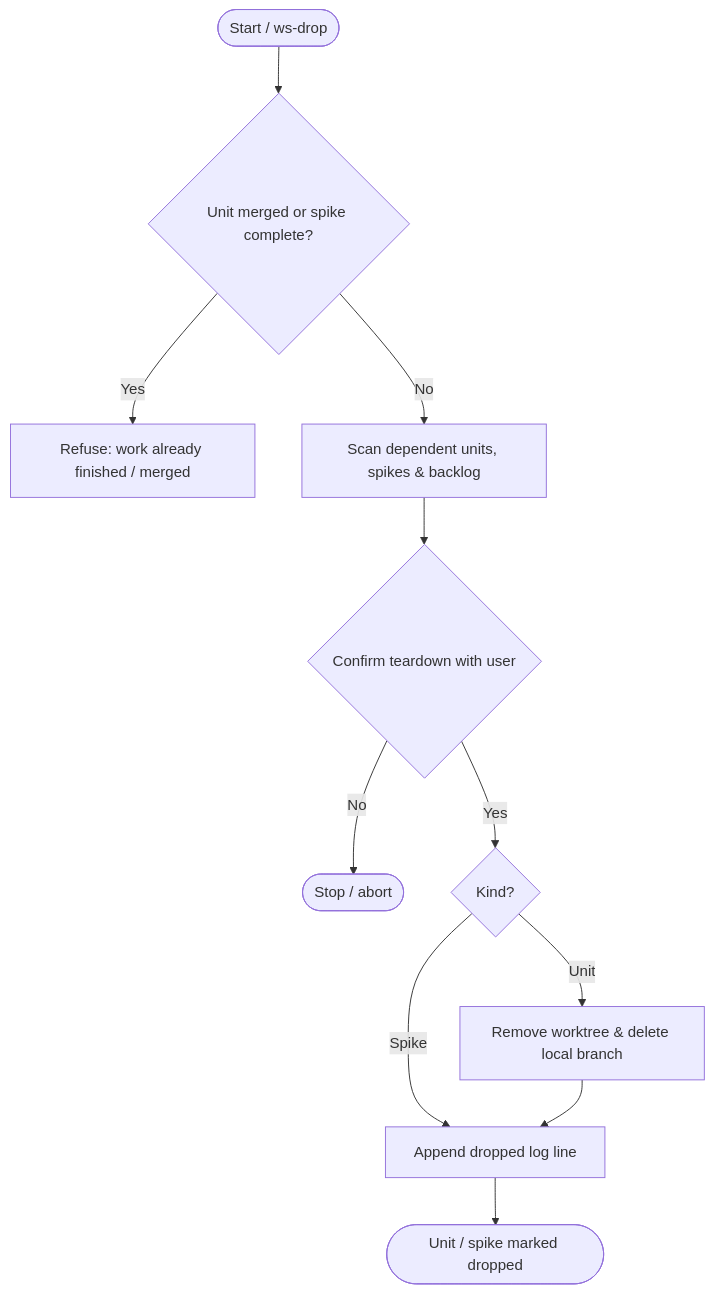
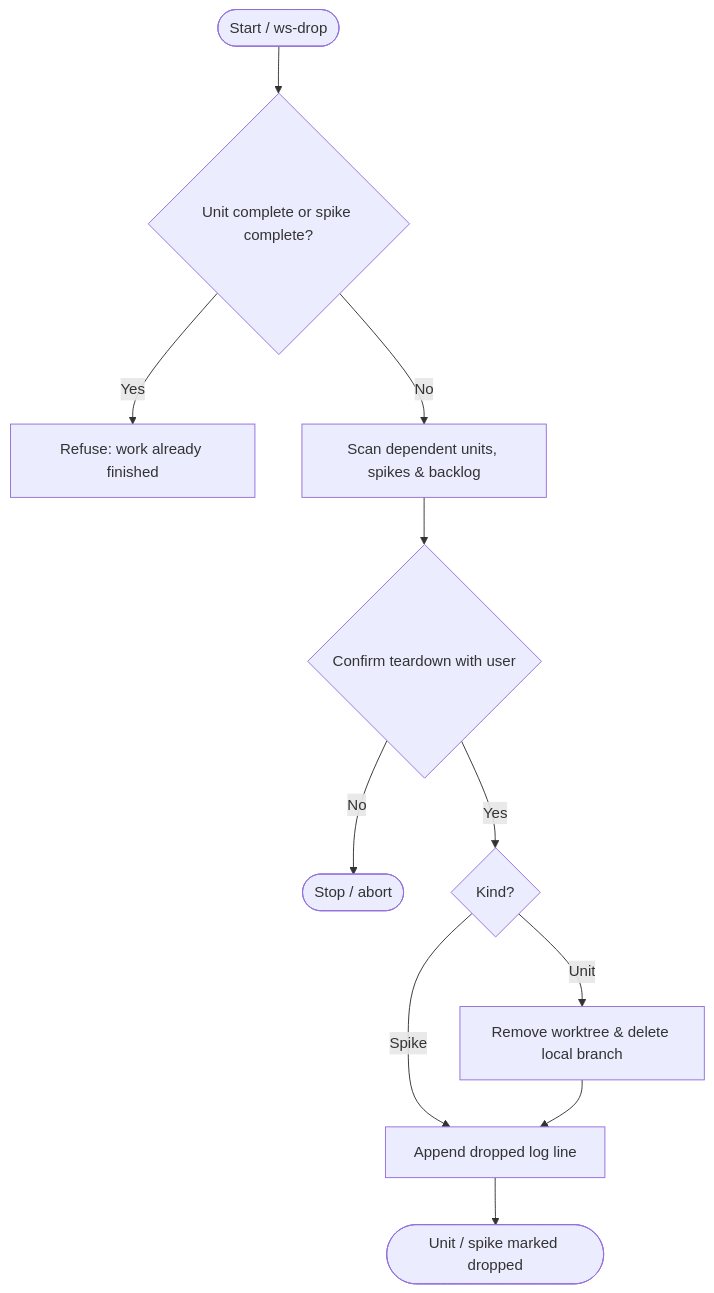
Before and after one commit to caioariede/claude-plugins: the diagram in plugins/workstreams/skills/ws/references/flows/diagrams/drop.mmd, drawn with Mermaid. The commit also changed 24 other files, not shown here.

```diff
--- a/plugins/workstreams/skills/ws/references/flows/diagrams/drop.mmd
+++ b/plugins/workstreams/skills/ws/references/flows/diagrams/drop.mmd
@@ -1,13 +1,13 @@
 flowchart TD
     %% ws-drop abandonment flow
 
-    start([Start / ws-drop]) --> check_status{Unit merged or spike complete?}
-    check_status -- Yes --> refuse_merged[Refuse: work already finished / merged]
+    start([Start / ws-drop]) --> check_status{Unit complete or spike complete?}
+    check_status -- Yes --> refuse_complete[Refuse: work already finished]
     check_status -- No --> scan_dependents[Scan dependent units, spikes & backlog]
     scan_dependents --> confirm{Confirm teardown with user}
     confirm -- No --> abort([Stop / abort])
     confirm -- Yes --> check_kind{Kind?}
     check_kind -- Unit --> remove_wt[Remove worktree & delete local branch]
     check_kind -- Spike --> append_drop[Append dropped log line]
     remove_wt --> append_drop
     append_drop --> done([Unit / spike marked dropped])
```
